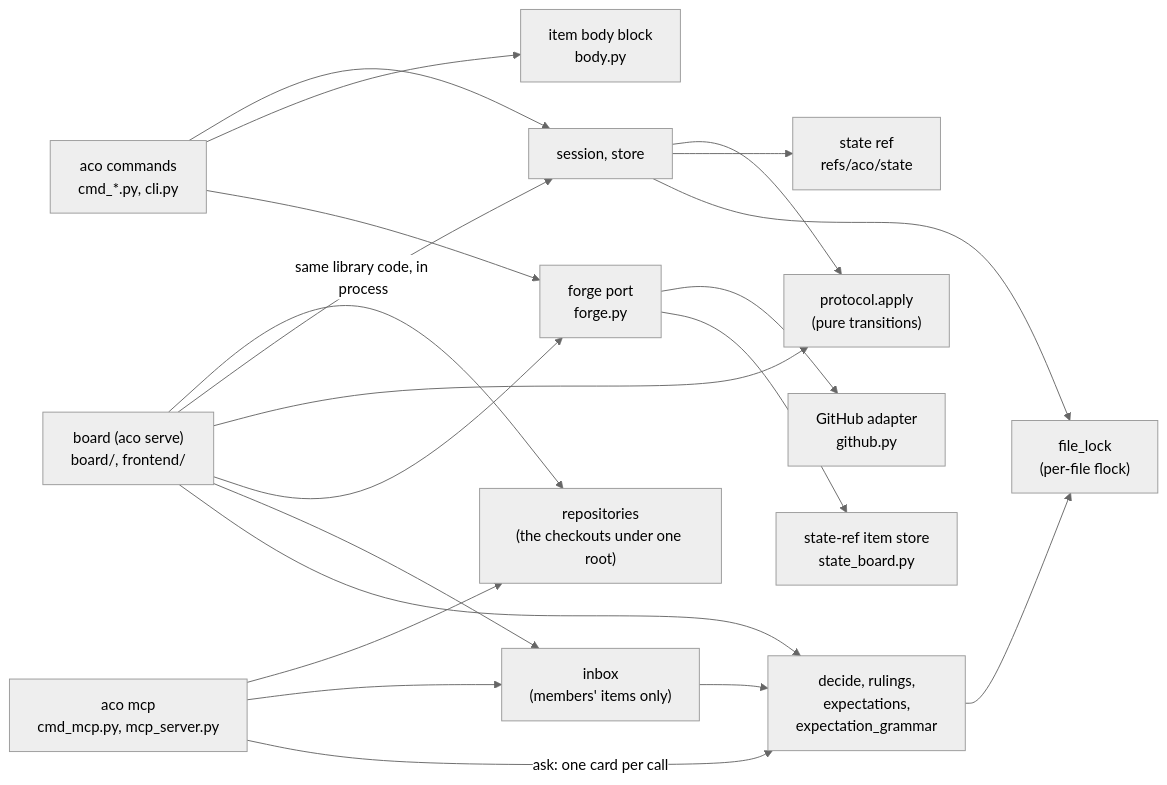
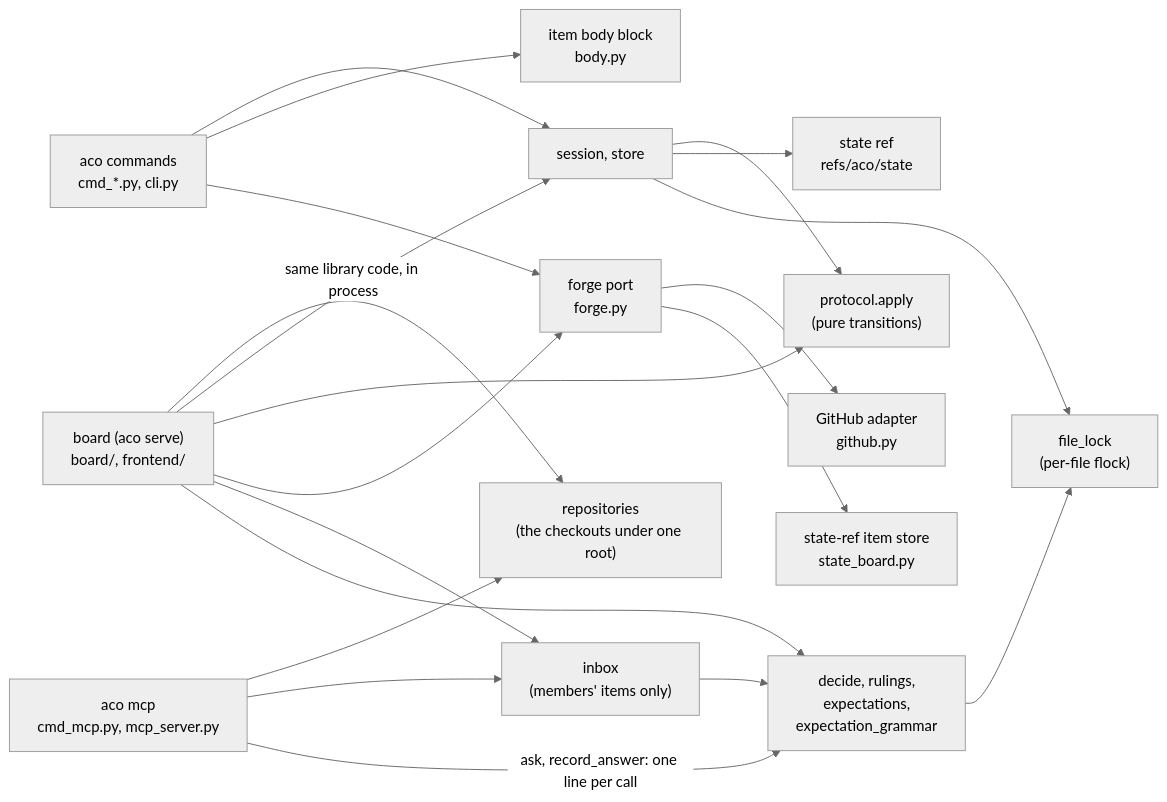
The second of 3 diagrams in docs/ARCHITECTURE.md (overnightworks/aco), drawn with Mermaid (neutral theme) before and after one commit. The commit also changed other lines of this file and 9 other files, not shown here.

First line of the commit message:
Add the record_answer tool to aco mcp (#745)

````diff
--- a/docs/ARCHITECTURE.md
+++ b/docs/ARCHITECTURE.md
@@ -31,24 +31,24 @@
 ```mermaid
 flowchart LR
     CLI["aco commands<br/>cmd_*.py, cli.py"] --> Session["session, store"]
     Session --> Protocol["protocol.apply<br/>(pure transitions)"]
     Session --> Store["state ref<br/>refs/aco/state"]
     CLI --> Body["item body block<br/>body.py"]
     CLI --> Port["forge port<br/>forge.py"]
     Port --> GitHub["GitHub adapter<br/>github.py"]
     Port --> StateBoard["state-ref item store<br/>state_board.py"]
     Board["board (aco serve)<br/>board/, frontend/"]
     Mcp["aco mcp<br/>cmd_mcp.py, mcp_server.py"]
     Mcp --> Repos
     Mcp --> Inbox
-    Mcp -->|"ask: one card per call"| Dec
+    Mcp -->|"ask, record_answer: one line per call"| Dec
     Board --> Repos["repositories<br/>(the checkouts under one root)"]
     Board -->|"same library code, in process"| Session
     Board --> Protocol
     Board --> Port
     Board --> Inbox["inbox<br/>(members' items only)"]
     Inbox --> Dec
     Dec --> Lock["file_lock<br/>(per-file flock)"]
     Session --> Lock
     Board --> Dec["decide, rulings,<br/>expectations,<br/>expectation_grammar"]
 ```
````
